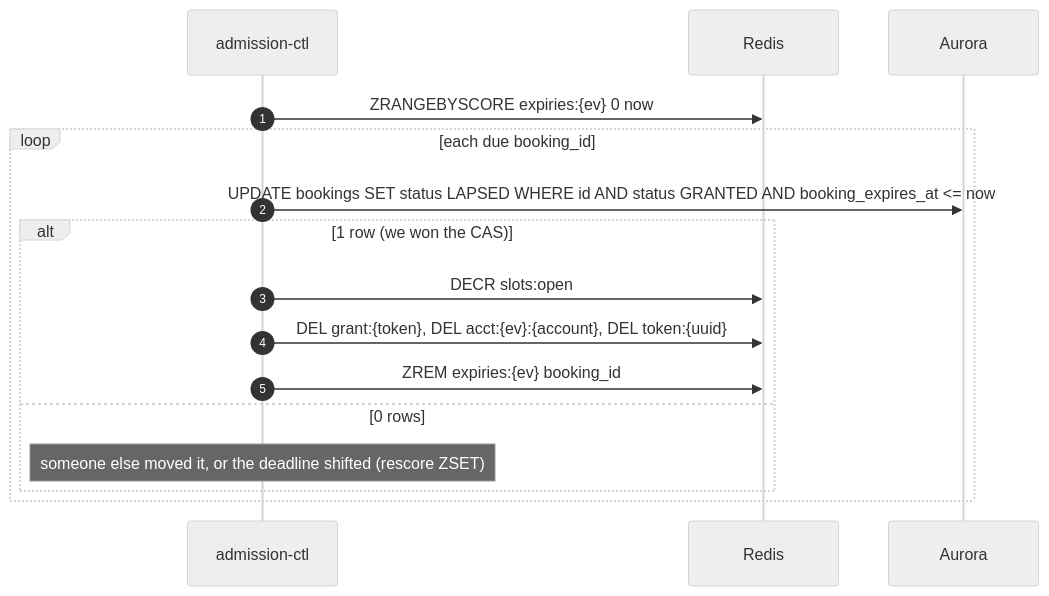
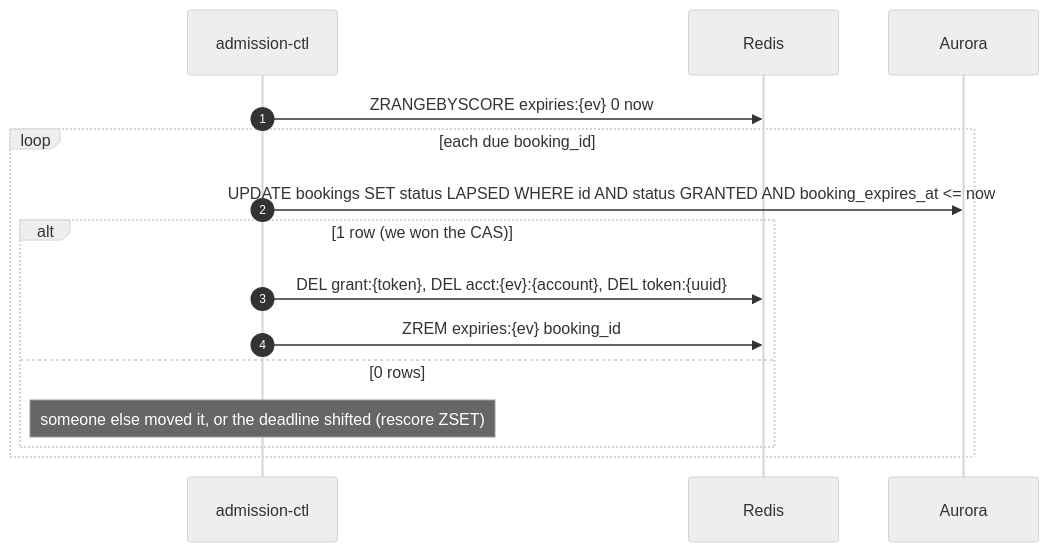
Before and after one commit to PTServerJanganTumbang-BookingTicket/be-rusuh-war-ticketing: the fourth of 4 diagrams in docs/04-queue/05-admission-controller.md, drawn with Mermaid (neutral theme). The commit also changed other lines of this file and 19 other files, not shown here.

````diff
--- a/docs/04-queue/05-admission-controller.md
+++ b/docs/04-queue/05-admission-controller.md
@@ -83,19 +222,18 @@
 ```mermaid
 sequenceDiagram
     autonumber
     participant CTL as admission-ctl
     participant R as Redis
     participant DB as Aurora
 
     CTL->>R: ZRANGEBYSCORE expiries:{ev} 0 now
     loop each due booking_id
         CTL->>DB: UPDATE bookings SET status LAPSED WHERE id AND status GRANTED AND booking_expires_at <= now
         alt 1 row (we won the CAS)
-            CTL->>R: DECR slots:open
             CTL->>R: DEL grant:{token}, DEL acct:{ev}:{account}, DEL token:{uuid}
             CTL->>R: ZREM expiries:{ev} booking_id
         else 0 rows
             Note over CTL: someone else moved it, or the deadline shifted (rescore ZSET)
         end
     end
 ```
````
